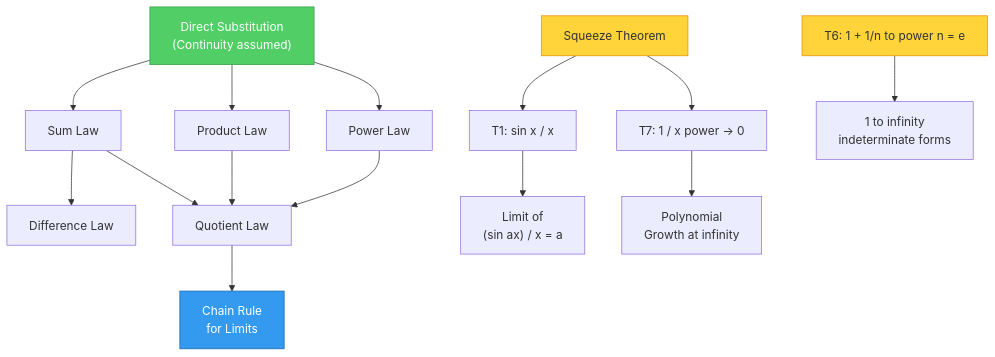
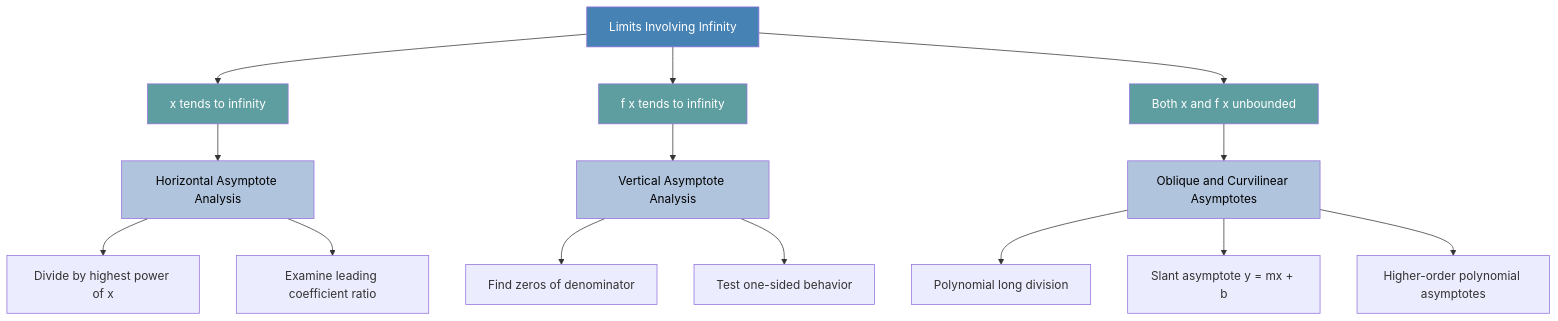
Before and after one commit to vishnuu-kr/ktunode: the third of 4 diagrams in public/notes/computer-science-and-engineering/semester-1/gamat101-mathematics-for-information-science-1/01-module-1-limits-of-function-values/limits-of-function-values/notes.md, drawn with Mermaid. The commit also changed other lines of this file and 4829 other files, not shown here.

````diff
--- a/public/notes/computer-science-and-engineering/semester-1/gamat101-mathematics-for-information-science-1/01-module-1-limits-of-function-values/limits-of-function-values/notes.md
+++ b/public/notes/computer-science-and-engineering/semester-1/gamat101-mathematics-for-information-science-1/01-module-1-limits-of-function-values/limits-of-function-values/notes.md
@@ -557,27 +489,27 @@
 ```mermaid
 graph TD
-    A["Direct Substitution\n(Continuity assumed)"] --> B["Sum Law"]
-    A --> C["Product Law"]
-    A --> D["Power Law"]
-    
-    B --> E["Difference Law"]
-    B --> F["Quotient Law"]
-    
-    C --> F
-    D --> F
-    
-    F --> G["Chain Rule\nfor Limits"]
-    
-    H["Squeeze Theorem"] --> I["T1: sin x / x"]
-    H --> I2["T7: 1 / x power -> 0"]
-    
-    I --> J["Limit of\n(sin ax) / x = a"]
-    I2 --> K["Polynomial\nGrowth at infinity"]
-    
-    L["T6: 1 + 1/n to power n = e"] --> M["1 to infinity\nindeterminate forms"]
-    
-    style A fill:#51cf66,stroke:#2f9e44,color:#ffffff
-    style H fill:#ffd43b,stroke:#f08c00
-    style L fill:#ffd43b,stroke:#f08c00
-    style G fill:#339af0,stroke:#1864ab,color:#ffffff
+    A[Limits Involving Infinity] --> B[x tends to infinity]
+    A --> C[f x tends to infinity]
+    A --> D[Both x and f x unbounded]
+
+    B --> B1[Horizontal Asymptote Analysis]
+    B1 --> B1a["Divide by highest power of x"]
+    B1 --> B1b["Examine leading coefficient ratio"]
+
+    C --> C1[Vertical Asymptote Analysis]
+    C1 --> C1a["Find zeros of denominator"]
+    C1 --> C1b["Test one-sided behavior"]
+
+    D --> D1[Oblique and Curvilinear Asymptotes]
+    D1 --> D1a["Polynomial long division"]
+    D1 --> D1b["Slant asymptote y = mx + b"]
+    D1 --> D1c["Higher-order polynomial asymptotes"]
+
+    style A fill:#4682B4,color:#FFF
+    style B fill:#5F9EA0,color:#FFF
+    style C fill:#5F9EA0,color:#FFF
+    style D fill:#5F9EA0,color:#FFF
+    style B1 fill:#B0C4DE,color:#000
+    style C1 fill:#B0C4DE,color:#000
+    style D1 fill:#B0C4DE,color:#000
 ```
````
